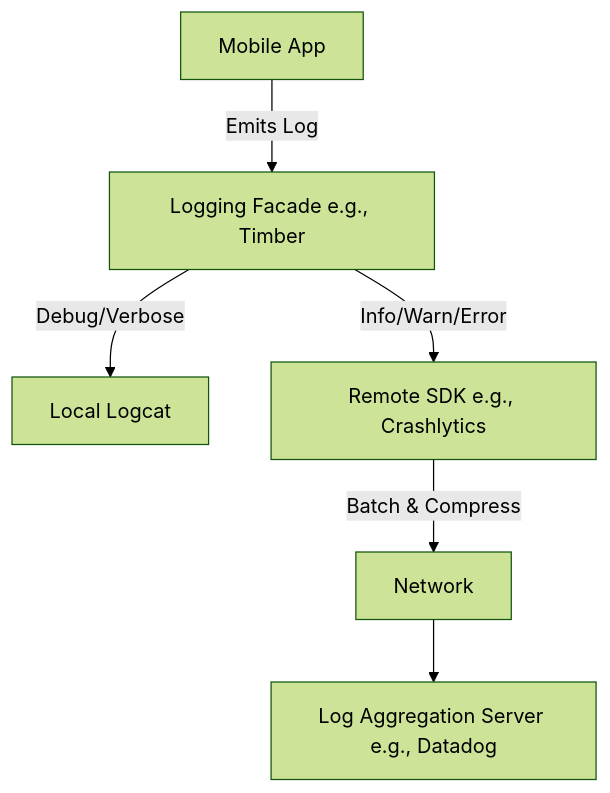
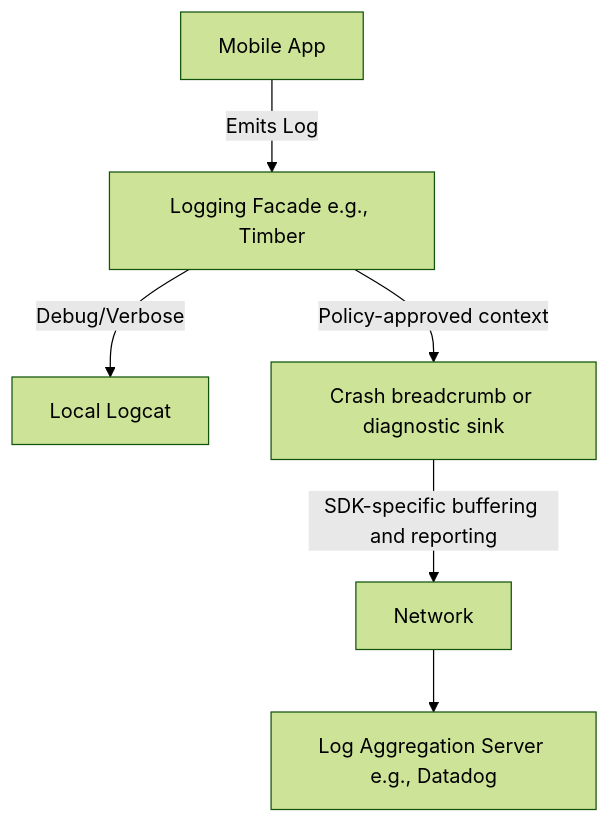
One commit to swarnsingh/android-staff-engineer-playbook-website changed the diagram in observability/logging.md. Above: the diagram before and after it, drawn with Mermaid (forest theme). The commit also changed other lines of this file and 21 other files, not shown here.

````diff
--- a/observability/logging.md
+++ b/observability/logging.md
@@ -49,10 +49,10 @@
 ```mermaid
 graph TD
     App[Mobile App] -->|Emits Log| Logger[Logging Facade e.g., Timber]
     
     Logger -->|Debug/Verbose| Logcat[Local Logcat]
-    Logger -->|Info/Warn/Error| RemoteLogger[Remote SDK e.g., Crashlytics]
+    Logger -->|Policy-approved context| RemoteLogger[Crash breadcrumb or diagnostic sink]
     
-    RemoteLogger -->|Batch & Compress| Network[Network]
+    RemoteLogger -->|SDK-specific buffering and reporting| Network[Network]
     Network --> Backend[Log Aggregation Server e.g., Datadog]
 ```
````
